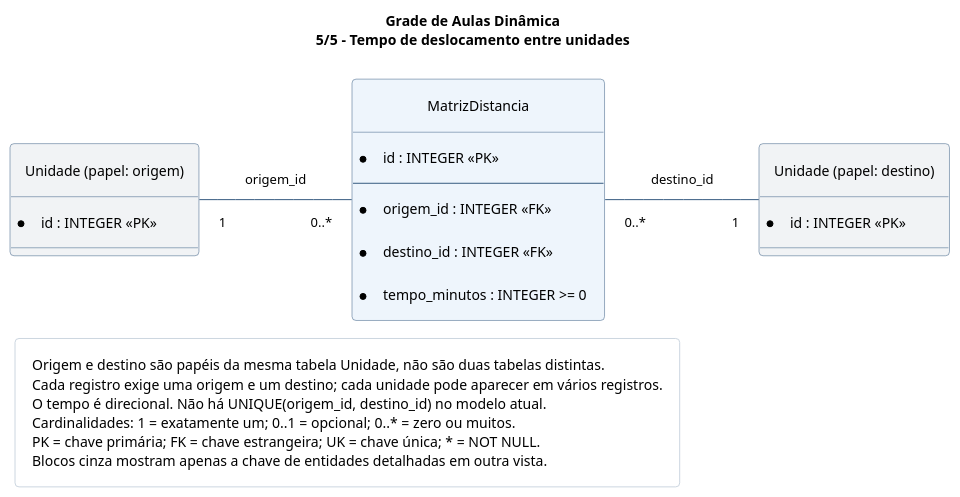
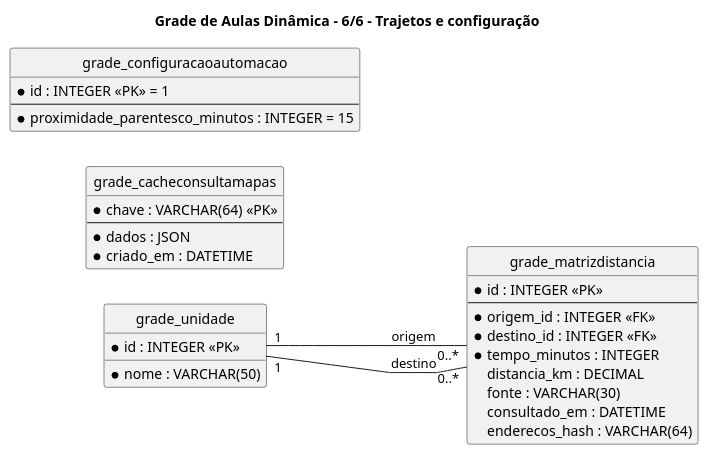
One commit to Jv-dornelas/Grade-de-Aulas-Dinamica changed the sixth of 6 diagrams in docs/diagrama-entidade-relacionamento.puml. Above: the diagram before and after it, drawn with PlantUML. The commit also changed other lines of this file and 17 other files, not shown here.

```diff
--- a/docs/diagrama-entidade-relacionamento.puml
+++ b/docs/diagrama-entidade-relacionamento.puml
@@ -321,47 +352,39 @@
-@startuml DER_05_Deslocamentos
-title
-Grade de Aulas Dinâmica
-5/5 - Tempo de deslocamento entre unidades
-end title
+@startuml DER_06_Automacao
+title Grade de Aulas Dinâmica - 6/6 - Trajetos e configuração
 left to right direction
 hide circle
-skinparam shadowing false
 skinparam linetype polyline
-skinparam defaultFontName Arial
-skinparam defaultFontSize 14
-skinparam ArrowFontSize 13
-skinparam nodesep 45
-skinparam ranksep 65
-skinparam padding 12
-skinparam roundcorner 8
-skinparam classBorderColor #365B80
-skinparam ArrowColor #365B80
-skinparam legendBackgroundColor #FFFFFF
-skinparam legendBorderColor #CCD6E0
 
-entity "Unidade (papel: origem)" as Origem #F1F3F5 {
+entity "grade_unidade" as Unidade {
   * id : INTEGER <<PK>>
+  * nome : VARCHAR(50)
 }
-entity "MatrizDistancia" as MatrizDistancia #EEF5FC {
+
+entity "grade_matrizdistancia" as MatrizDistancia {
   * id : INTEGER <<PK>>
   --
   * origem_id : INTEGER <<FK>>
   * destino_id : INTEGER <<FK>>
-  * tempo_minutos : INTEGER >= 0
-}
-entity "Unidade (papel: destino)" as Destino #F1F3F5 {
-  * id : INTEGER <<PK>>
+  * tempo_minutos : INTEGER
+  distancia_km : DECIMAL
+  fonte : VARCHAR(30)
+  consultado_em : DATETIME
+  enderecos_hash : VARCHAR(64)
 }
 
-Origem "1" -- "0..*" MatrizDistancia : origem_id
-MatrizDistancia "0..*" -- "1" Destino : destino_id
+entity "grade_cacheconsultamapas" as CacheMapas {
+  * chave : VARCHAR(64) <<PK>>
+  --
+  * dados : JSON
+  * criado_em : DATETIME
+}
 
-legend bottom left
-  Origem e destino são papéis da mesma tabela Unidade, não são duas tabelas distintas.
-  Cada registro exige uma origem e um destino; cada unidade pode aparecer em vários registros.
-  O tempo é direcional. Não há UNIQUE(origem_id, destino_id) no modelo atual.
-  Cardinalidades: 1 = exatamente um; 0..1 = opcional; 0..* = zero ou muitos.
-  PK = chave primária; FK = chave estrangeira; UK = chave única; * = NOT NULL.
-  Blocos cinza mostram apenas a chave de entidades detalhadas em outra vista.
-endlegend
+entity "grade_configuracaoautomacao" as Configuracao {
+  * id : INTEGER <<PK>> = 1
+  --
+  * proximidade_parentesco_minutos : INTEGER = 15
+}
+
+Unidade "1" -- "0..*" MatrizDistancia : origem
+Unidade "1" -- "0..*" MatrizDistancia : destino
 @enduml
```
